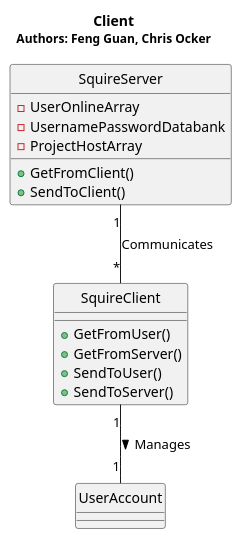
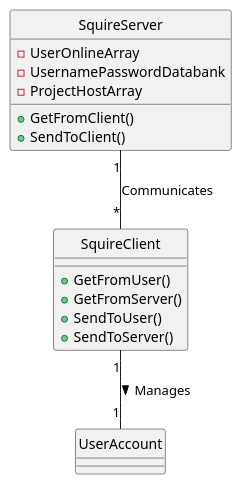
Before and after one commit to voxelv/sQuire_kw: the diagram in hw3/UserAccount/UserAccount1.puml, drawn with PlantUML. The commit also changed 5 other files, not shown here.

```diff
--- a/hw3/UserAccount/UserAccount1.puml
+++ b/hw3/UserAccount/UserAccount1.puml
@@ -1,26 +1,26 @@
 @startuml
 hide circles
 
-Title <b>Client</b>\n<size:12>Authors: Feng Guan, Chris Ocker</size>
+
 
 
 class "SquireServer" as ss {
 -UserOnlineArray
 -UsernamePasswordDatabank
 -ProjectHostArray
 +GetFromClient()
 +SendToClient()
 }
 class "UserAccount" as ua
 
 class "SquireClient" as sc {
 +GetFromUser()
 +GetFromServer()
 +SendToUser()
 +SendToServer()
 }
 
 
 sc "1"  -- "1" ua : Manages >
 ss "1"  -- "*" sc : Communicates
 @enduml
```
